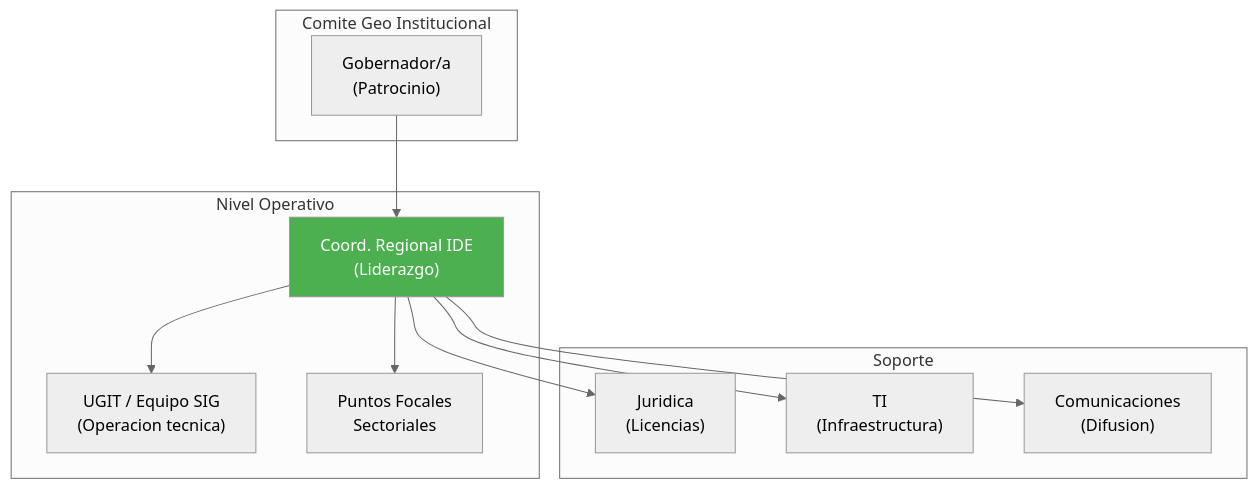
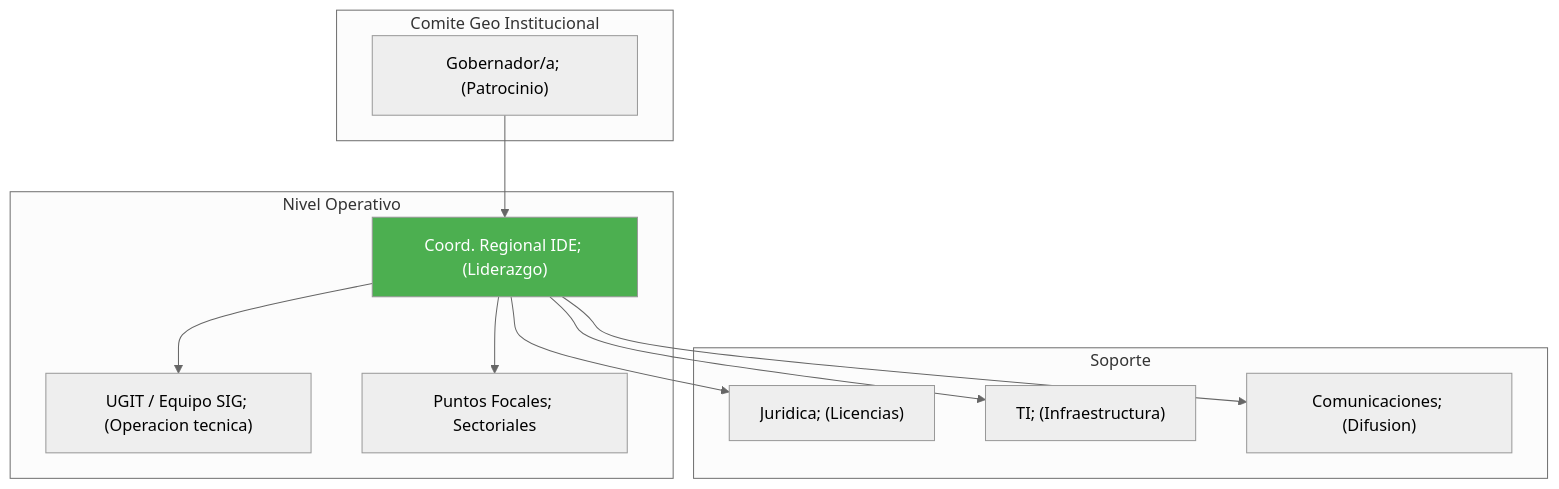
Before and after one commit to felix-antonio-sl/kora: the fifth of 7 diagrams in KNOWLEDGE/gn/kb/bpmn-geoespacial-ide.md, drawn with Mermaid (neutral theme). The commit also changed other lines of this file and 1034 other files, not shown here.

````diff
--- a/KNOWLEDGE/gn/kb/bpmn-geoespacial-ide.md
+++ b/KNOWLEDGE/gn/kb/bpmn-geoespacial-ide.md
@@ -184,23 +194,23 @@
 ```mermaid
 flowchart TD
-    subgraph COMITE["Comite Geo Institucional"]
-        A["Gobernador/a<br/>(Patrocinio)"]
-    end
+ subgraph COMITE["Comite Geo Institucional"]
+ A["Gobernador/a; (Patrocinio)"]
+ end
 
-    subgraph OPERATIVO["Nivel Operativo"]
-        B["Coord. Regional IDE<br/>(Liderazgo)"]
-        C["UGIT / Equipo SIG<br/>(Operacion tecnica)"]
-        D["Puntos Focales<br/>Sectoriales"]
-    end
+ subgraph OPERATIVO["Nivel Operativo"]
+ B["Coord. Regional IDE; (Liderazgo)"]
+ C["UGIT / Equipo SIG; (Operacion tecnica)"]
+ D["Puntos Focales; Sectoriales"]
+ end
 
-    subgraph SOPORTE["Soporte"]
-        E["Juridica<br/>(Licencias)"]
-        F["TI<br/>(Infraestructura)"]
-        G["Comunicaciones<br/>(Difusion)"]
-    end
+ subgraph SOPORTE["Soporte"]
+ E["Juridica; (Licencias)"]
+ F["TI; (Infraestructura)"]
+ G["Comunicaciones; (Difusion)"]
+ end
 
-    A --> B --> C & D
-    B --> E & F & G
+ A --> B --> C & D
+ B --> E & F & G
 
-    style B fill:#4CAF50,color:#fff
+ style B fill:#4CAF50,color:#fff
 ```
````
